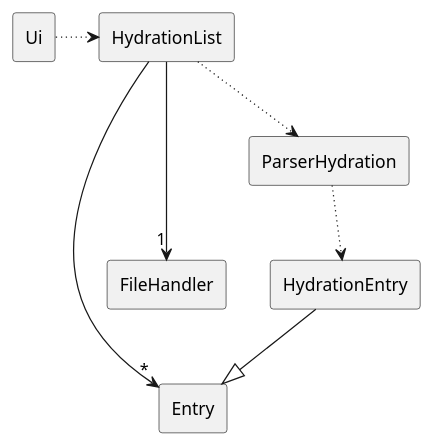
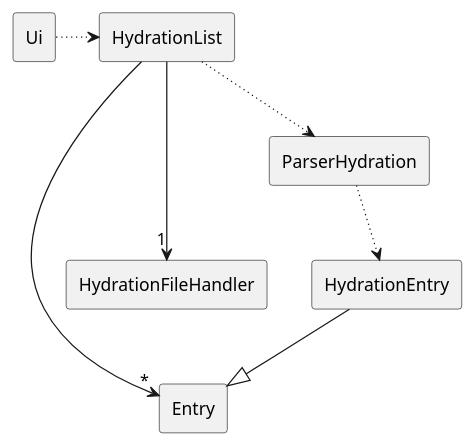
Before and after one commit to AY2324S2-CS2113-F15-2/tp: the diagram in docs/diagrams/hydration.puml, drawn with PlantUML. The commit also changed 9 other files, not shown here.

```diff
--- a/docs/diagrams/hydration.puml
+++ b/docs/diagrams/hydration.puml
@@ -1,21 +1,21 @@
 @startuml
 
 rectangle HydrationList
 rectangle HydrationEntry
 
 rectangle Entry
-rectangle FileHandler
+rectangle HydrationFileHandler
 rectangle Ui
 rectangle ParserHydration
 
 HydrationList --> "*" Entry
-HydrationList ---> "1" FileHandler
+HydrationList ---> "1" HydrationFileHandler
 HydrationList --[dotted]> ParserHydration
 
 Ui -[dotted]> HydrationList
 
 HydrationEntry --|> Entry
 
 ParserHydration -[dotted]-> HydrationEntry
 
 @enduml
```
